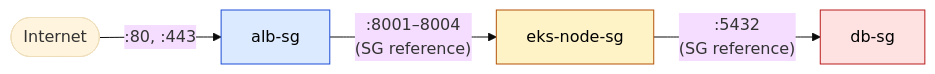
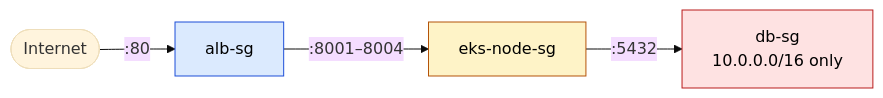
Before and after one commit to chala2001/cloud-care-k8s: the fourth of 7 diagrams in README.md, drawn with Mermaid (base theme). The commit also changed other lines of this file and 33 other files, not shown here.

````diff
--- a/README.md
+++ b/README.md
@@ -405,10 +349,10 @@
 ```mermaid
 flowchart LR
-    I([Internet]) -- ":80, :443" --> ALB["alb-sg"]
-    ALB -- ":8001–8004\n(SG reference)" --> EKS["eks-node-sg"]
-    EKS -- ":5432\n(SG reference)" --> D["db-sg"]
+    I([Internet]) -- ":80" --> ALB["alb-sg"]
+    ALB -- ":8001–8004" --> EKS["eks-node-sg"]
+    EKS -- ":5432" --> D["db-sg\n10.0.0.0/16 only"]
 
     style ALB fill:#dbeafe,stroke:#1d4ed8,color:#000
     style EKS fill:#fef3c7,stroke:#b45309,color:#000
     style D   fill:#fee2e2,stroke:#b91c1c,color:#000
 ```
````
